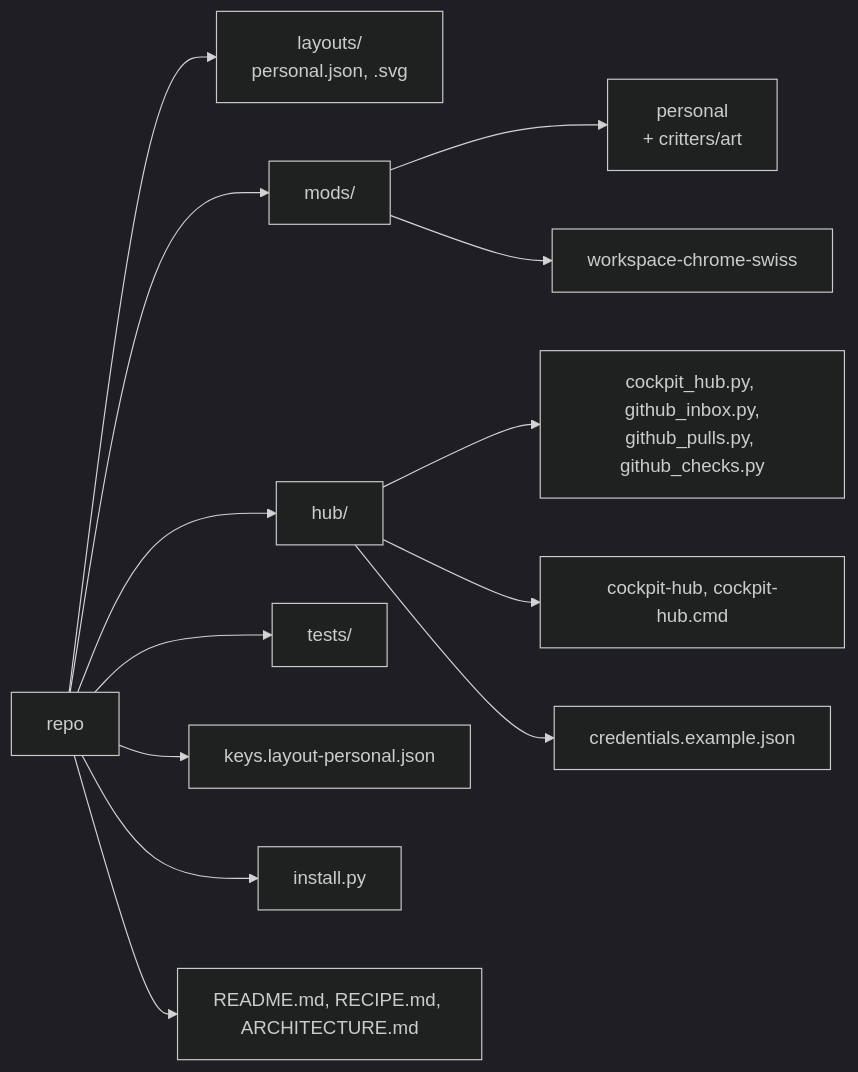
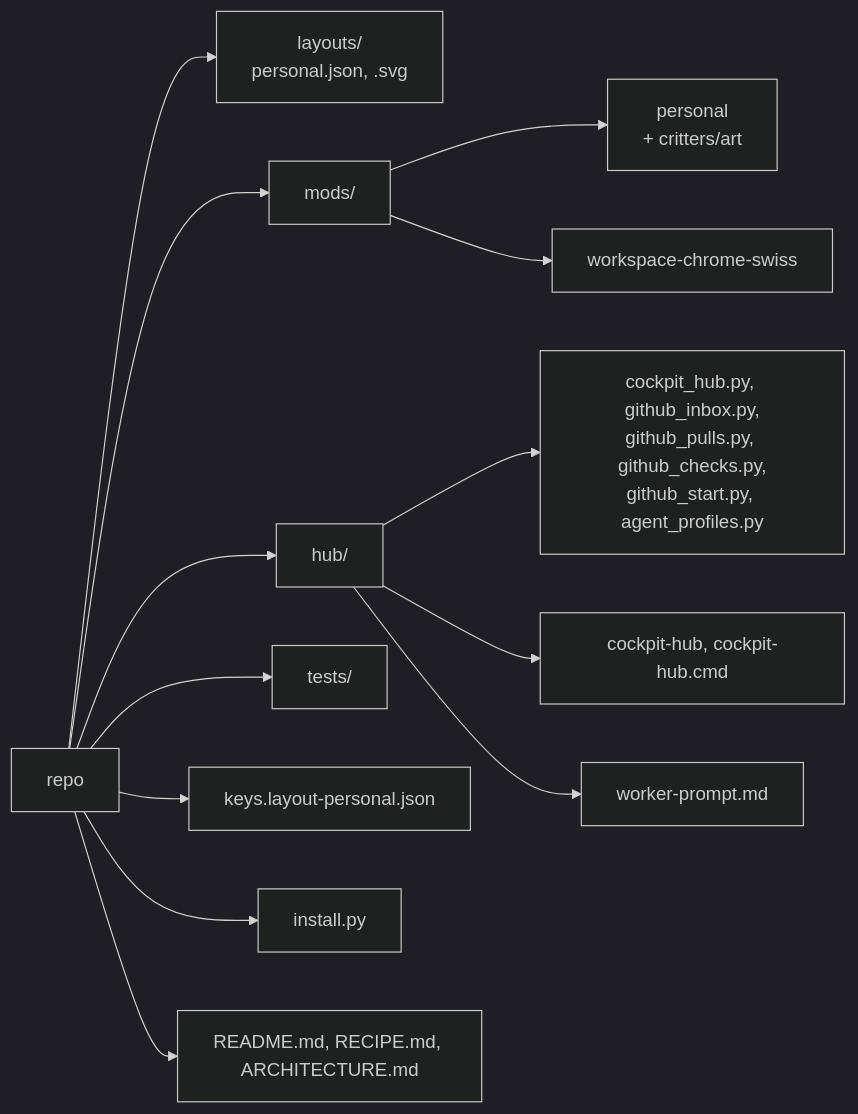
Diagram 12 of 12 in herdr-layouts/khanh-personal/ARCHITECTURE.md (TQKNG/khanh-agent-workspace), drawn with Mermaid (dark theme) before and after one commit. The commit also changed other lines of this file and 47 other files, not shown here.

````diff
--- a/herdr-layouts/khanh-personal/ARCHITECTURE.md
+++ b/herdr-layouts/khanh-personal/ARCHITECTURE.md
@@ -230,15 +233,15 @@
 ```mermaid
 flowchart LR
     R["repo"] --> L["layouts/<br/>personal.json, .svg"]
     R --> MD["mods/"]
     R --> HB["hub/"]
     R --> TS["tests/"]
     R --> KJ["keys.layout-personal.json"]
     R --> IN["install.py"]
     R --> DOCS["README.md, RECIPE.md, ARCHITECTURE.md"]
     MD --> M1["personal<br/>+ critters/art"]
     MD --> M3["workspace-chrome-swiss"]
-    HB --> H1["cockpit_hub.py, github_inbox.py,<br/>github_pulls.py, github_checks.py"]
+    HB --> H1["cockpit_hub.py, github_inbox.py,<br/>github_pulls.py, github_checks.py,<br/>github_start.py, agent_profiles.py"]
     HB --> H2["cockpit-hub, cockpit-hub.cmd"]
-    HB --> H3["credentials.example.json"]
+    HB --> H3["worker-prompt.md"]
 ```
````
